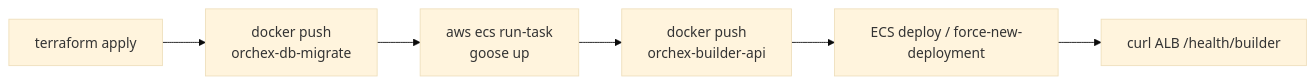
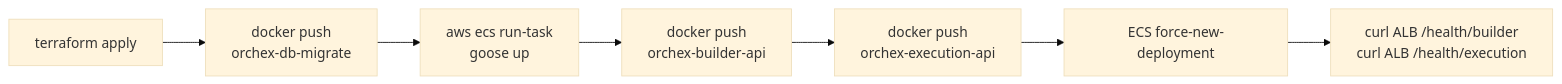
One commit to Nabhag8848/orchex changed the third of 3 diagrams in infra/README.md. Above: the diagram before and after it, drawn with Mermaid (base theme). The commit also changed other lines of this file and 4 other files, not shown here.

First line of the commit message:
Route builder and execution through ALB path rules and run execution on ECS.

````diff
--- a/infra/README.md
+++ b/infra/README.md
@@ -179,8 +189,9 @@
 ```mermaid
 flowchart LR
   A["terraform apply"] --> B["docker push<br/>orchex-db-migrate"]
   B --> C["aws ecs run-task<br/>goose up"]
   C --> D["docker push<br/>orchex-builder-api"]
-  D --> E["ECS deploy / force-new-deployment"]
-  E --> F["curl ALB /health/builder"]
+  D --> E["docker push<br/>orchex-execution-api"]
+  E --> F["ECS force-new-deployment"]
+  F --> G["curl ALB /health/builder<br/>curl ALB /health/execution"]
 ```
````
